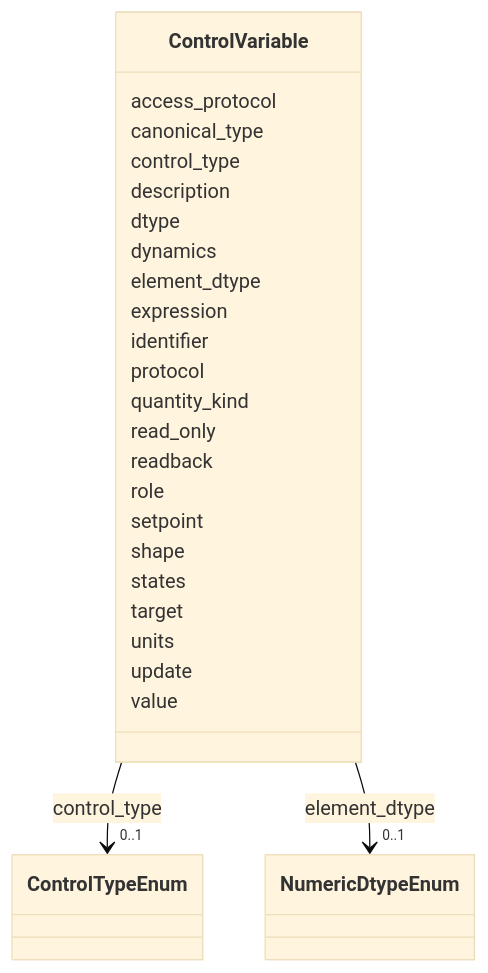
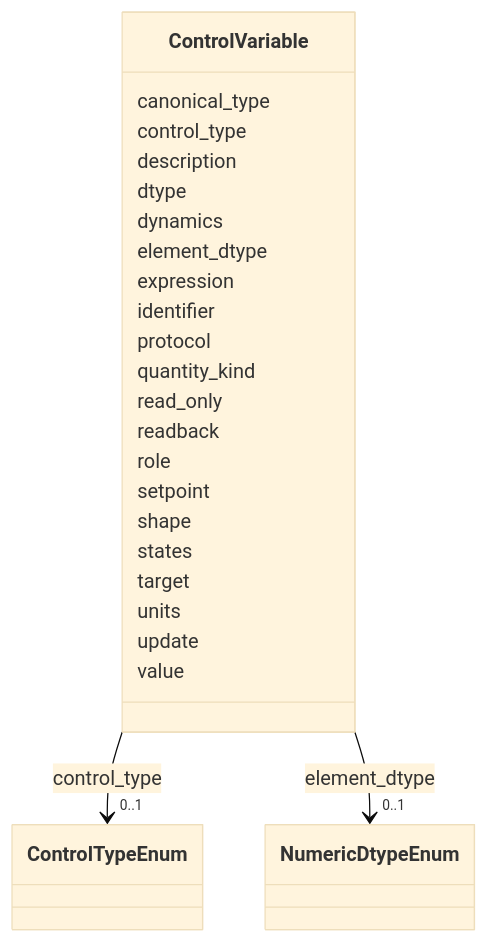
The diagram in docs/source/schema/ControlVariable.md (astec-stfc/laura), drawn with Mermaid (base theme) before and after one commit. The commit also changed other lines of this file and 16 other files, not shown here.

Commit message:
rm access_protocol

````diff
--- a/docs/source/schema/ControlVariable.md
+++ b/docs/source/schema/ControlVariable.md
@@ -18,66 +18,64 @@
 ```mermaid
  classDiagram
     class ControlVariable
     click ControlVariable href "../ControlVariable/"
-      ControlVariable : access_protocol
-        
       ControlVariable : canonical_type
         
       ControlVariable : control_type
         
           
     
         
         
         ControlVariable --> "0..1" ControlTypeEnum : control_type
         click ControlTypeEnum href "../ControlTypeEnum/"
     
 
         
       ControlVariable : description
         
       ControlVariable : dtype
         
       ControlVariable : dynamics
         
       ControlVariable : element_dtype
         
           
     
         
         
         ControlVariable --> "0..1" NumericDtypeEnum : element_dtype
         click NumericDtypeEnum href "../NumericDtypeEnum/"
     
 
         
       ControlVariable : expression
         
       ControlVariable : identifier
         
       ControlVariable : protocol
         
       ControlVariable : quantity_kind
         
       ControlVariable : read_only
         
       ControlVariable : readback
         
       ControlVariable : role
         
       ControlVariable : setpoint
         
       ControlVariable : shape
         
       ControlVariable : states
         
       ControlVariable : target
         
       ControlVariable : units
         
       ControlVariable : update
         
       ControlVariable : value
         
       
 ```
````
